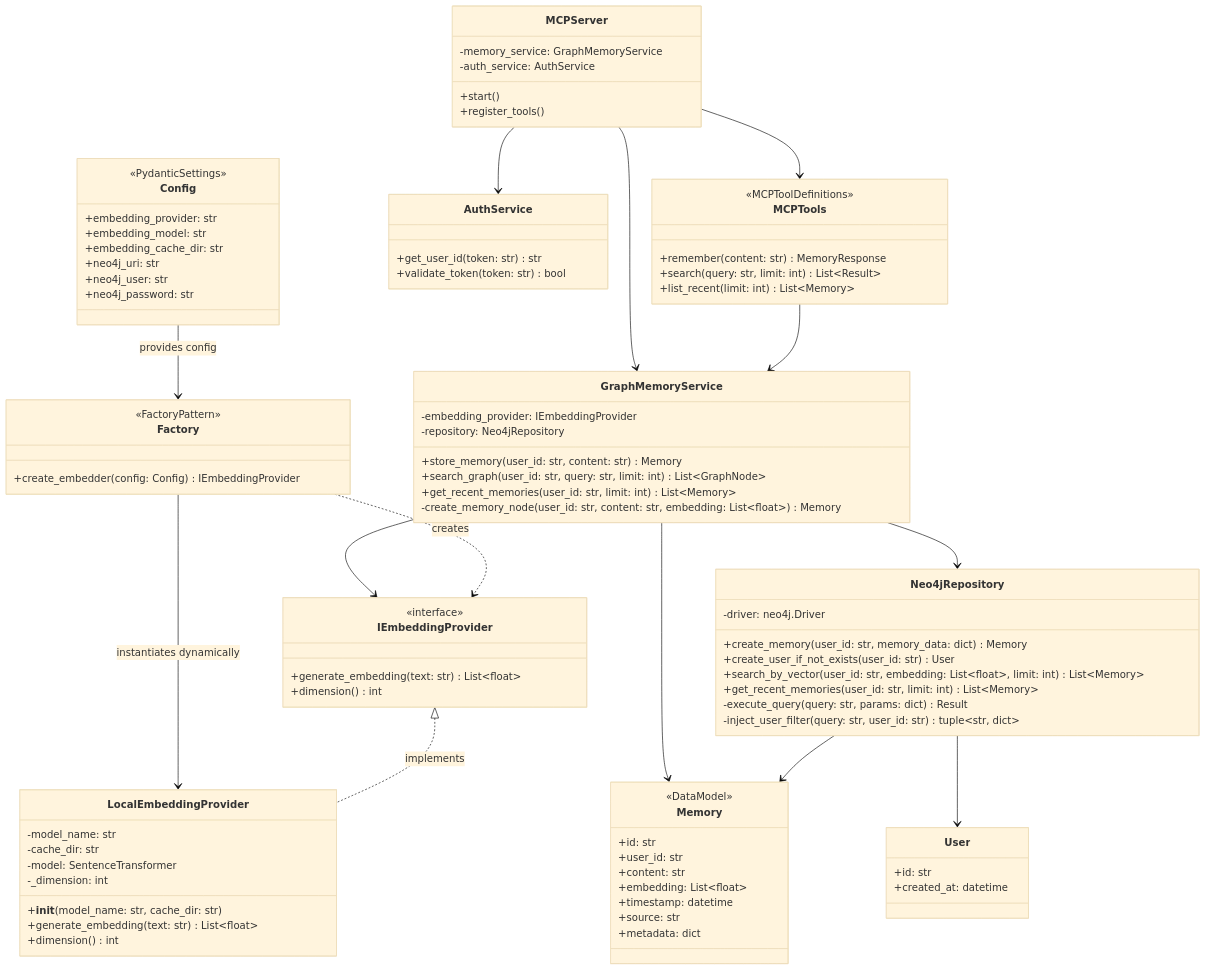
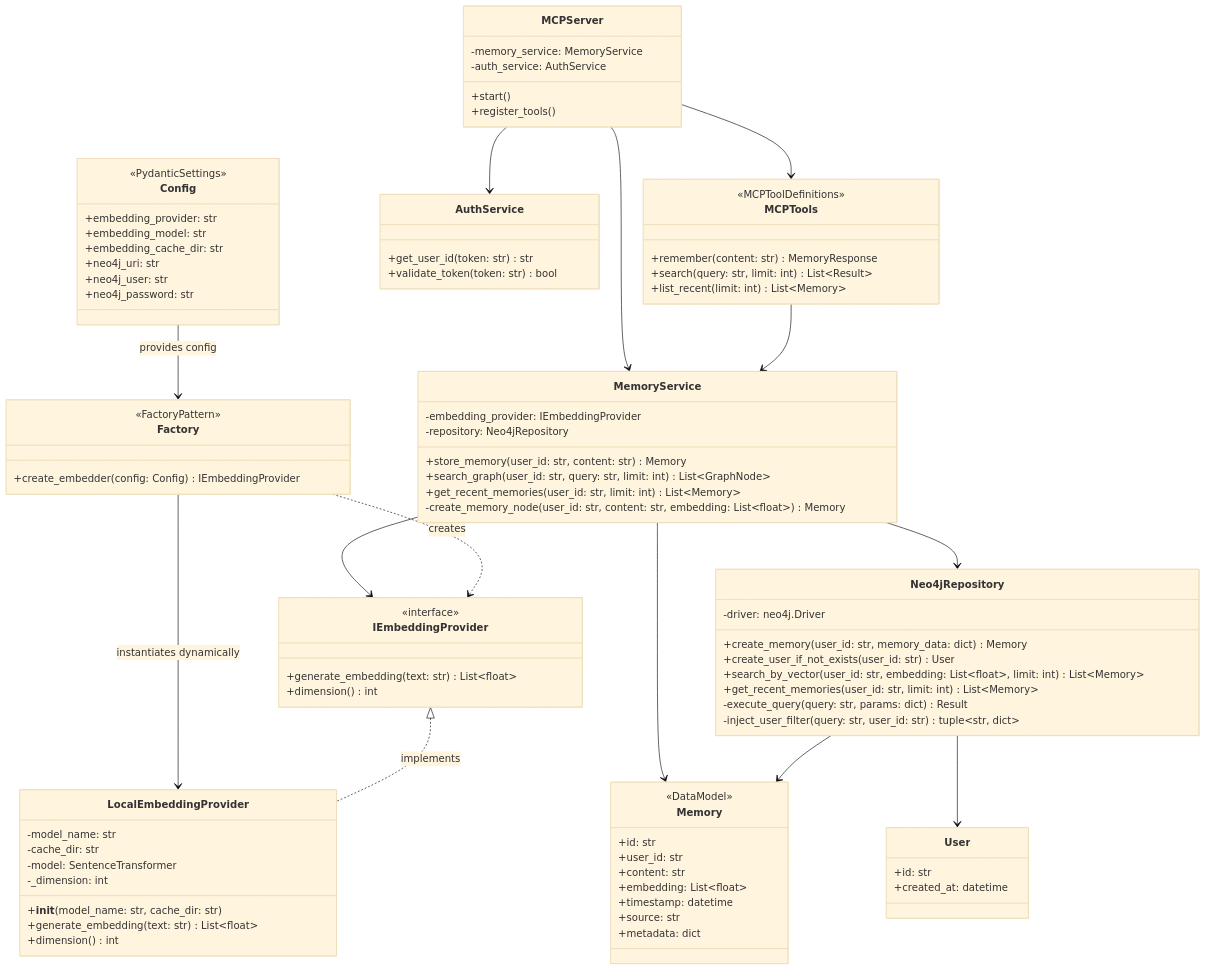
One commit to rigrergl/memento changed the diagram in Documentation/detailed-architecture.md. Above: the diagram before and after it, drawn with Mermaid (base theme). The commit also changed 45 other files, not shown here.

````diff
--- a/Documentation/detailed-architecture.md
+++ b/Documentation/detailed-architecture.md
@@ -5,7 +5,7 @@
 ```mermaid
 classDiagram
     class MCPServer {
-        -memory_service: GraphMemoryService
+        -memory_service: MemoryService
         -auth_service: AuthService
         +start()
         +register_tools()
@@ -24,7 +24,7 @@
         +dimension() int
     }
     
-    class GraphMemoryService {
+    class MemoryService {
         -embedding_provider: IEmbeddingProvider
         -repository: Neo4jRepository
         +store_memory(user_id: str, content: str) Memory
@@ -90,13 +90,13 @@
     }
 
     MCPServer --> MCPTools
-    MCPServer --> GraphMemoryService
+    MCPServer --> MemoryService
     MCPServer --> AuthService
-    MCPTools --> GraphMemoryService
+    MCPTools --> MemoryService
 
-    GraphMemoryService --> IEmbeddingProvider
-    GraphMemoryService --> Neo4jRepository
-    GraphMemoryService --> Memory
+    MemoryService --> IEmbeddingProvider
+    MemoryService --> Neo4jRepository
+    MemoryService --> Memory
 
     Neo4jRepository --> Memory
     Neo4jRepository --> User
````
